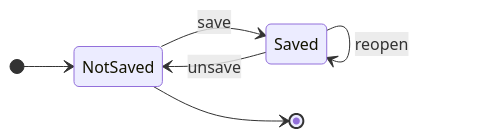
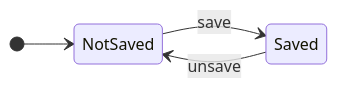
Before and after one commit to Simo-2004/TravelMate-docs: the eighth of 8 diagrams in docs/rad/proposed-system/system-models/dynamic-model.md, drawn with Mermaid. The commit also changed other lines of this file and 1 other file, not shown here.

Commit message:
fix: Mermaid diagram

````diff
--- a/docs/rad/proposed-system/system-models/dynamic-model.md
+++ b/docs/rad/proposed-system/system-models/dynamic-model.md
@@ -205,9 +206,7 @@
 ```mermaid
 stateDiagram-v2
     direction LR
     [*] --> NotSaved
     NotSaved --> Saved : save
     Saved --> NotSaved : unsave
-    Saved --> Saved : reopen
-    NotSaved --> [*]
 ```
````
